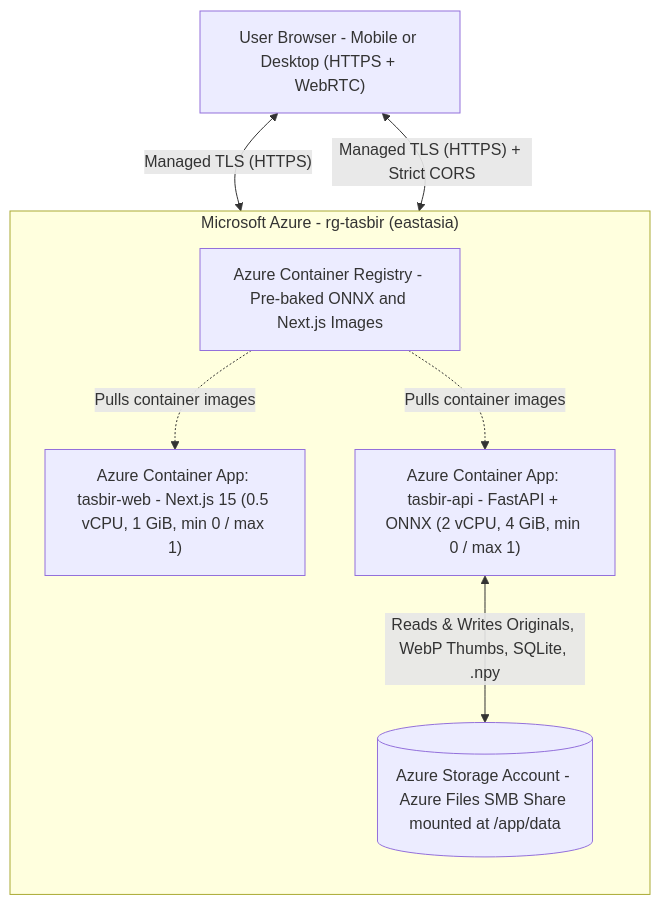
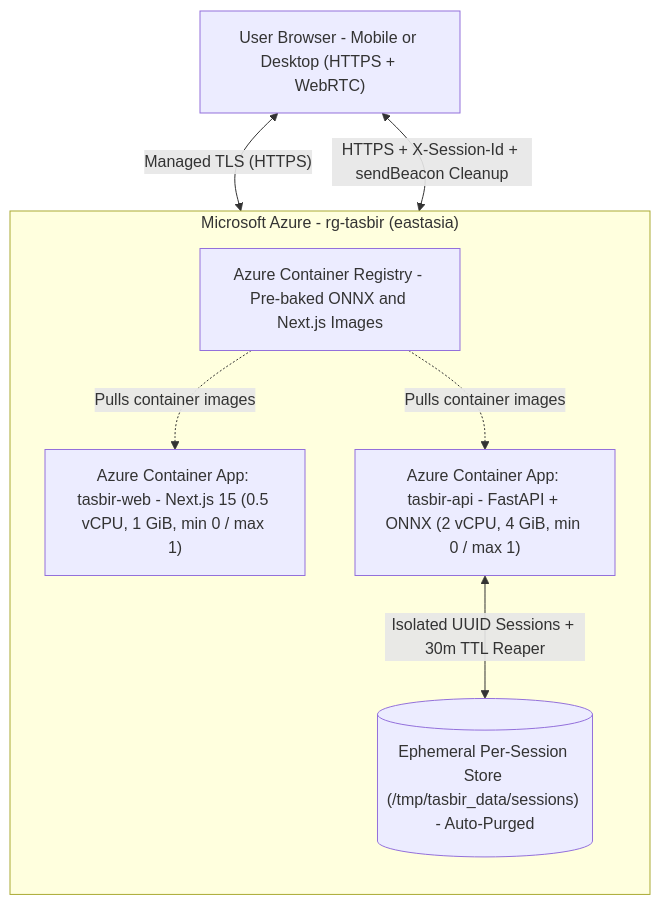
The second of 2 diagrams in README.md (devsijanpandey12/Tasbir---Multi-Pose-Face-Retrieval-), drawn with Mermaid before and after one commit. The commit also changed other lines of this file and 1 other file, not shown here.

Commit message:
update readme and deploy script for ephemeral azure sessions

````diff
--- a/README.md
+++ b/README.md
@@ -116,19 +117,19 @@
 ```mermaid
 flowchart TD
     User["User Browser - Mobile or Desktop (HTTPS + WebRTC)"]
 
     subgraph Azure["Microsoft Azure - rg-tasbir (eastasia)"]
         direction TB
         ACR["Azure Container Registry - Pre-baked ONNX and Next.js Images"]
         Web["Azure Container App: tasbir-web - Next.js 15 (0.5 vCPU, 1 GiB, min 0 / max 1)"]
         API["Azure Container App: tasbir-api - FastAPI + ONNX (2 vCPU, 4 GiB, min 0 / max 1)"]
-        Files[("Azure Storage Account - Azure Files SMB Share mounted at /app/data")]
+        Tmp[("Ephemeral Per-Session Store (/tmp/tasbir_data/sessions) - Auto-Purged")]
 
         ACR -.->|"Pulls container images"| Web
         ACR -.->|"Pulls container images"| API
-        API <-->|"Reads & Writes Originals, WebP Thumbs, SQLite, .npy"| Files
+        API <-->|"Isolated UUID Sessions + 30m TTL Reaper"| Tmp
     end
 
     User <-->|"Managed TLS (HTTPS)"| Web
-    User <-->|"Managed TLS (HTTPS) + Strict CORS"| API
+    User <-->|"HTTPS + X-Session-Id + sendBeacon Cleanup"| API
 ```
````
